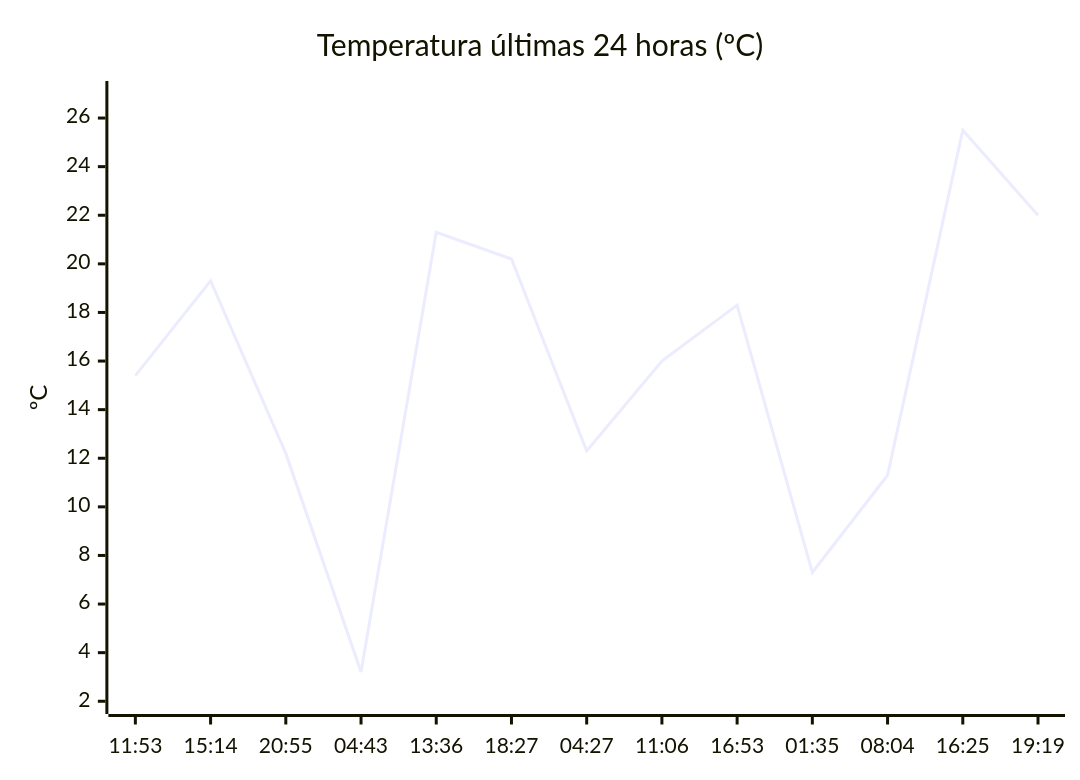
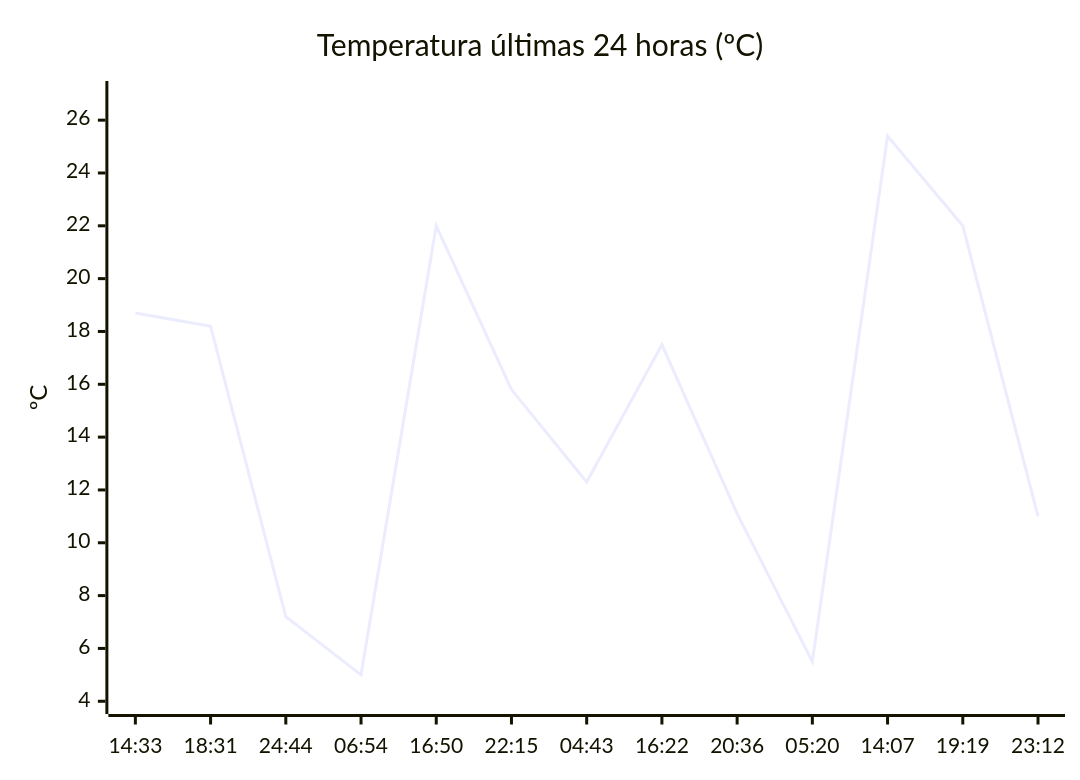
The diagram in README.md (solidsnk86/rem-scrap), drawn with Mermaid before and after one commit. The commit also changed other lines of this file, not shown here.

````diff
--- a/README.md
+++ b/README.md
@@ -32,7 +32,7 @@
 ```mermaid
 xychart-beta
     title "Temperatura últimas 24 horas (ºC)"
-    x-axis ["11:53", "15:14", "20:55", "04:43", "13:36", "18:27", "04:27", "11:06", "16:53", "01:35", "08:04", "16:25", "19:19"]
-    y-axis "ºC" 2 --> 27
-    line [15.4, 19.3, 12.2, 3.2, 21.3, 20.2, 12.3, 16, 18.3, 7.3, 11.3, 25.5, 22]
+    x-axis ["14:33", "18:31", "24:44", "06:54", "16:50", "22:15", "04:43", "16:22", "20:36", "05:20", "14:07", "19:19", "23:12"]
+    y-axis "ºC" 4 --> 27
+    line [18.7, 18.2, 7.2, 5, 22, 15.8, 12.3, 17.5, 11.1, 5.5, 25.4, 22, 11]
 ```
````
